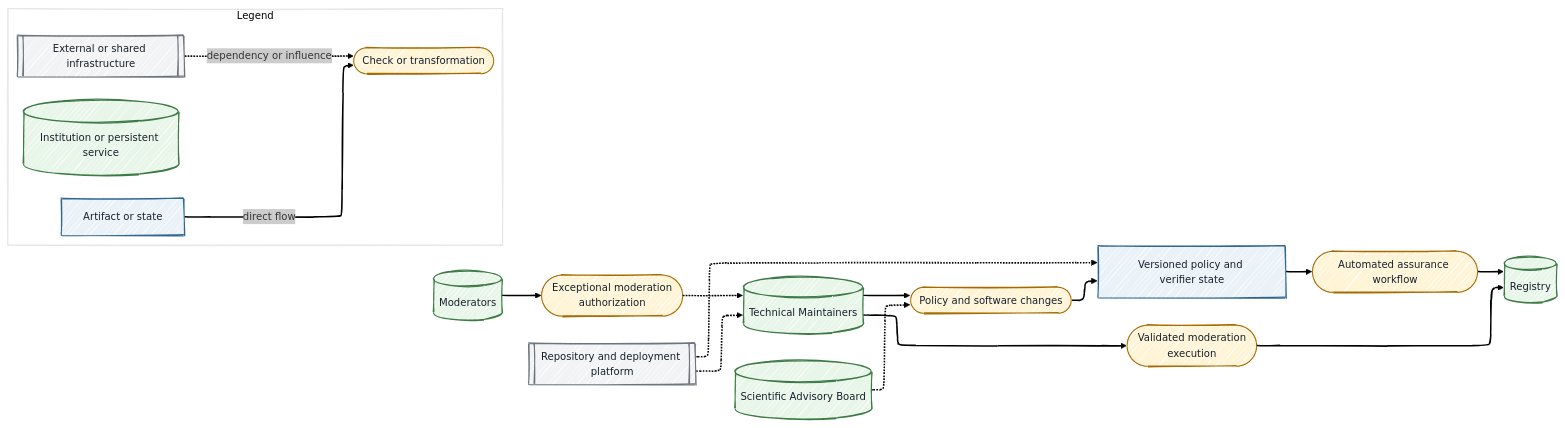
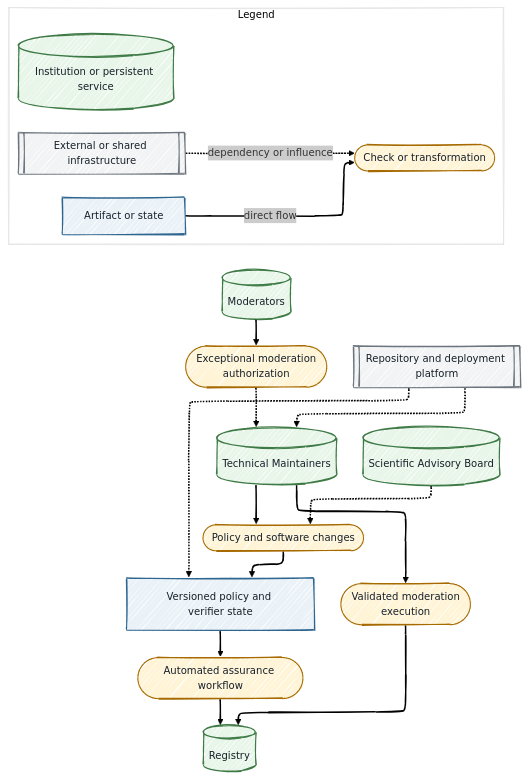
The seventh of 11 diagrams in posts/after-proof-abundance-palomar-and-the-new-infrastructure-of-mathematical-trust/index.qmd (antomon/antomon.github.io), drawn with Mermaid before and after one commit. The commit also changed other lines of this file and 94 other files, not shown here.

````diff
--- a/posts/after-proof-abundance-palomar-and-the-new-infrastructure-of-mathematical-trust/index.qmd
+++ b/posts/after-proof-abundance-palomar-and-the-new-infrastructure-of-mathematical-trust/index.qmd
@@ -512,33 +538,37 @@
 ```{mermaid}
 %%| label: fig-after-proof-abundance-palomar-and-the-new-infrastructure-of-mathematical-trust-governance
 %%| fig-cap: 'Palomar separates operational maintenance, exceptional moderation, and scientific advice while policy changes feed the automated assurance process.'
 %%| fig-alt: 'Technical Maintainers control code, deployment, and services and implement policy changes. Moderators authorize exceptional moderation actions that Technical Maintainers execute through a validated workflow. The Scientific Advisory Board advises on standards and direction. Versioned policy and verifier state influence the automated assurance workflow and registry. Repository and deployment platforms are external dependencies. A legend identifies diagram conventions.'
 %%| fig-align: center
 %%{init: {"theme": "neo", "look": "handDrawn", "layout": "elk"}}%%
-flowchart LR
+flowchart TD
     TM[(Technical Maintainers)]:::institution --> PC([Policy and software changes]):::process
     PC --> V[Versioned policy and verifier state]:::artifact
     V --> R([Automated assurance workflow]):::process
     R --> REG[(Registry)]:::institution
 
     MOD[(Moderators)]:::institution --> MA([Exceptional moderation<br/>authorization]):::process
     MA -.-> TM
     TM --> ME([Validated moderation<br/>execution]):::process
     ME --> REG
 
     SAB[(Scientific Advisory Board)]:::institution -.-> PC
 
     GIT[[Repository and deployment platform]]:::external -.-> TM
     GIT -.-> V
 
     subgraph LEG[Legend]
+        direction LR
+
         LA[Artifact or state]:::artifact -->|direct flow| LP([Check or transformation]):::process
         LI[(Institution or persistent service)]:::institution
         LX[[External or shared infrastructure]]:::external -.->|dependency or influence| LP
     end
+
+    LEG ~~~ MOD
 
     classDef artifact fill:#EAF2F8,stroke:#2F6690,color:#17202A,stroke-width:1.5px
     classDef process fill:#FFF4D6,stroke:#A66A00,color:#17202A,stroke-width:1.5px
     classDef institution fill:#E8F5E9,stroke:#3D7A45,color:#17202A,stroke-width:1.5px
     classDef external fill:#F2F3F4,stroke:#6C757D,color:#17202A,stroke-width:1.5px
 ```
````
